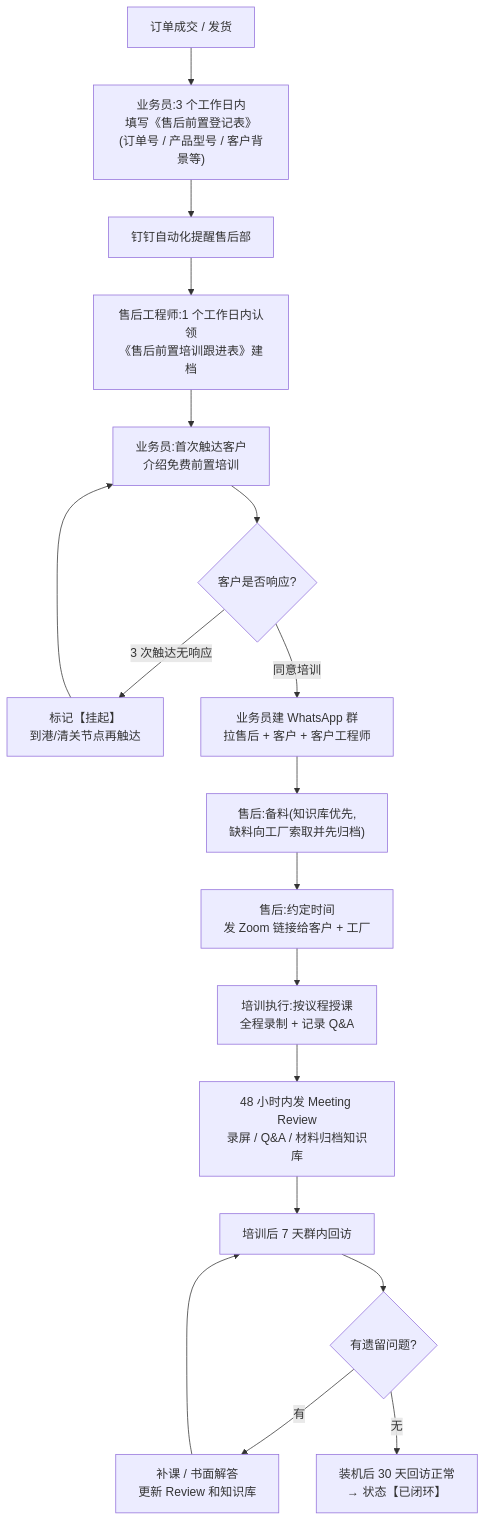
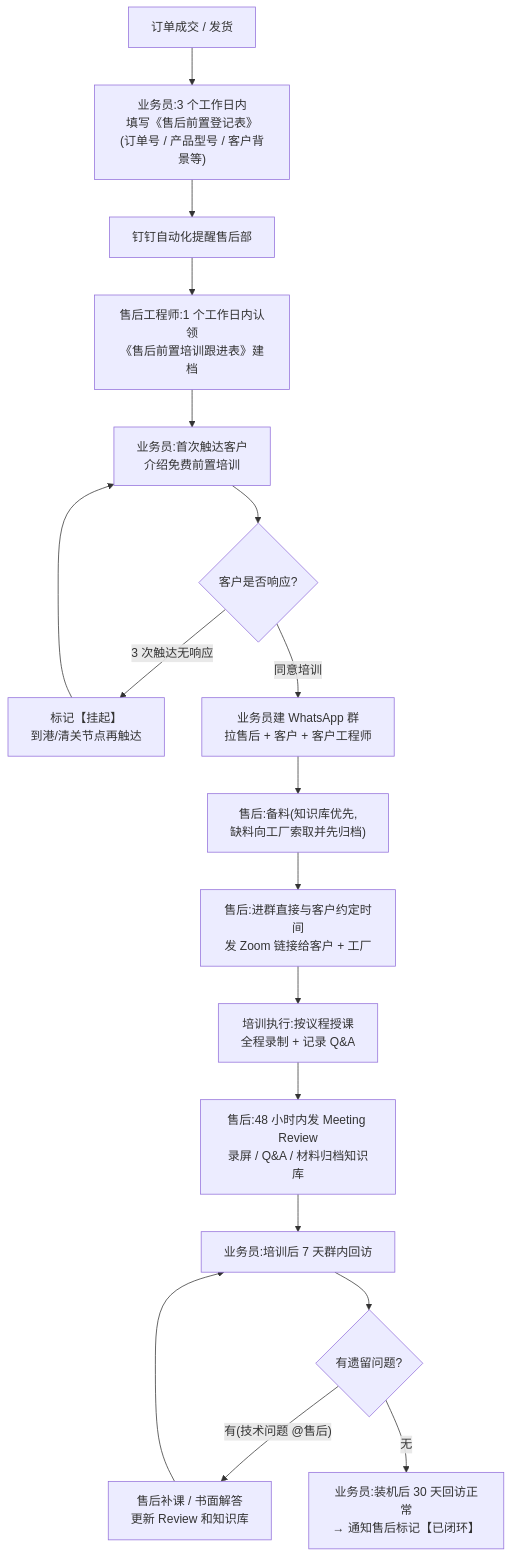
The first of 2 diagrams in 售后前置SOP.md (jasonhzp/hzp-s-test), drawn with Mermaid before and after one commit. The commit also changed other lines of this file and 2 other files, not shown here.

````diff
--- a/售后前置SOP.md
+++ b/售后前置SOP.md
@@ -60,20 +60,20 @@
 ```mermaid
 flowchart TD
     A["订单成交 / 发货"] --> B["业务员:3 个工作日内<br>填写《售后前置登记表》<br>(订单号 / 产品型号 / 客户背景等)"]
     B --> C["钉钉自动化提醒售后部"]
     C --> D["售后工程师:1 个工作日内认领<br>《售后前置培训跟进表》建档"]
     D --> E["业务员:首次触达客户<br>介绍免费前置培训"]
     E --> F{"客户是否响应?"}
     F -- "3 次触达无响应" --> G["标记【挂起】<br>到港/清关节点再触达"]
     G --> E
     F -- "同意培训" --> H["业务员建 WhatsApp 群<br>拉售后 + 客户 + 客户工程师"]
     H --> I["售后:备料(知识库优先,<br>缺料向工厂索取并先归档)"]
-    I --> J["售后:约定时间<br>发 Zoom 链接给客户 + 工厂"]
+    I --> J["售后:进群直接与客户约定时间<br>发 Zoom 链接给客户 + 工厂"]
     J --> K["培训执行:按议程授课<br>全程录制 + 记录 Q&A"]
-    K --> L["48 小时内发 Meeting Review<br>录屏 / Q&A / 材料归档知识库"]
-    L --> M["培训后 7 天群内回访"]
+    K --> L["售后:48 小时内发 Meeting Review<br>录屏 / Q&A / 材料归档知识库"]
+    L --> M["业务员:培训后 7 天群内回访"]
     M --> N{"有遗留问题?"}
-    N -- "有" --> O["补课 / 书面解答<br>更新 Review 和知识库"]
+    N -- "有(技术问题 @售后)" --> O["售后补课 / 书面解答<br>更新 Review 和知识库"]
     O --> M
-    N -- "无" --> P["装机后 30 天回访正常<br>→ 状态【已闭环】"]
+    N -- "无" --> P["业务员:装机后 30 天回访正常<br>→ 通知售后标记【已闭环】"]
 ```
````
